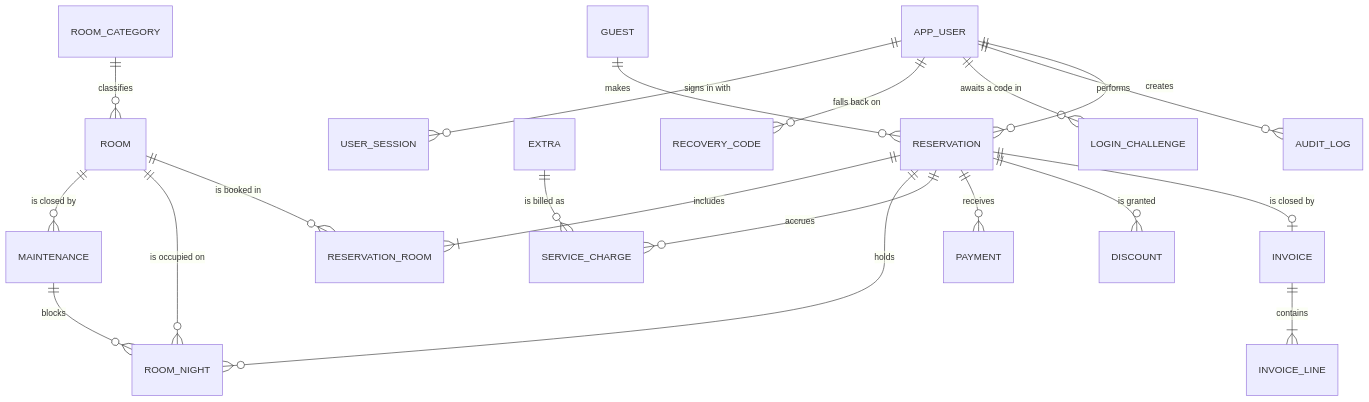
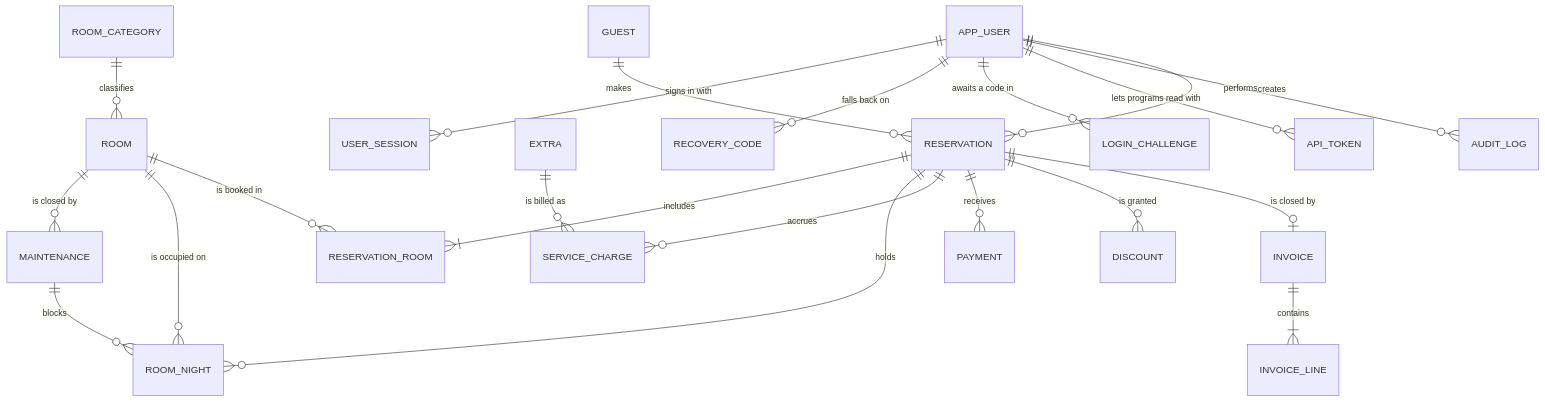
The diagram in docs/data-model.md (MrWillingten/hotel-management-system), drawn with Mermaid before and after one commit. The commit also changed other lines of this file and 27 other files, not shown here.

First line of the commit message:
feat(api): read-only JSON API with managers' personal tokens (story 6.3) (#78)

````diff
--- a/docs/data-model.md
+++ b/docs/data-model.md
@@ -9,22 +9,23 @@
 ```mermaid
 erDiagram
     ROOM_CATEGORY ||--o{ ROOM : classifies
     ROOM ||--o{ MAINTENANCE : "is closed by"
     ROOM ||--o{ ROOM_NIGHT : "is occupied on"
     GUEST ||--o{ RESERVATION : makes
     RESERVATION ||--|{ RESERVATION_ROOM : includes
     ROOM ||--o{ RESERVATION_ROOM : "is booked in"
     RESERVATION ||--o{ ROOM_NIGHT : holds
     MAINTENANCE ||--o{ ROOM_NIGHT : blocks
     RESERVATION ||--o{ SERVICE_CHARGE : accrues
     EXTRA ||--o{ SERVICE_CHARGE : "is billed as"
     RESERVATION ||--o{ PAYMENT : receives
     RESERVATION ||--o{ DISCOUNT : "is granted"
     RESERVATION ||--o| INVOICE : "is closed by"
     INVOICE ||--|{ INVOICE_LINE : contains
     APP_USER ||--o{ USER_SESSION : "signs in with"
     APP_USER ||--o{ RECOVERY_CODE : "falls back on"
     APP_USER ||--o{ LOGIN_CHALLENGE : "awaits a code in"
+    APP_USER ||--o{ API_TOKEN : "lets programs read with"
     APP_USER ||--o{ AUDIT_LOG : performs
     APP_USER ||--o{ RESERVATION : creates
 ```
````
